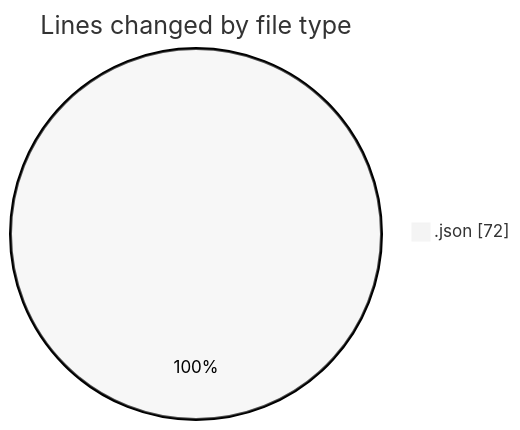
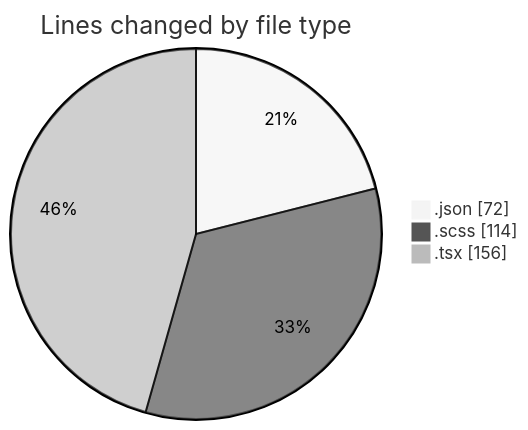
The first of 2 diagrams in 2026-10-12/cda/README.md (momahboobian/code-tracking), drawn with Mermaid (neutral theme) before and after one commit. The commit also changed other lines of this file and 1 other file, not shown here.

````diff
--- a/2026-10-12/cda/README.md
+++ b/2026-10-12/cda/README.md
@@ -20,5 +23,7 @@
 ```mermaid
 pie showData
 title Lines changed by file type
 ".json" : 72
+".scss" : 114
+".tsx" : 156
 ```
````
